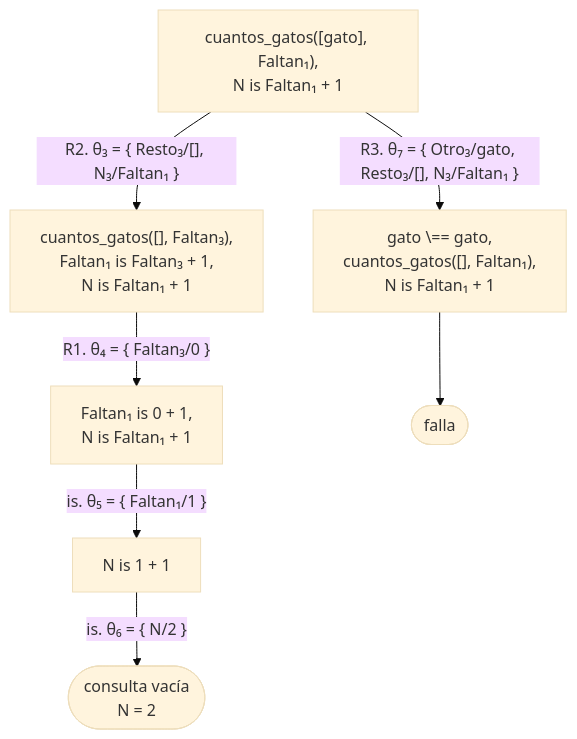
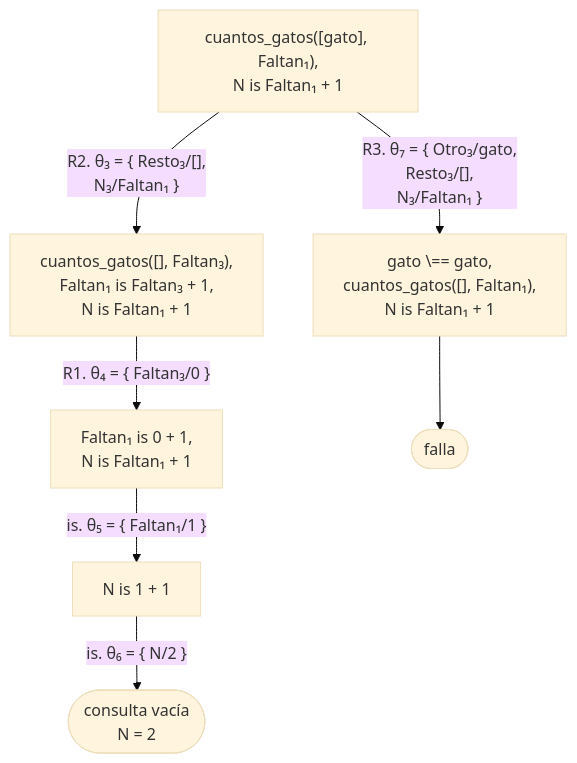
The second of 6 diagrams in docs/capitulo-07-listas/soluciones.md (CesarBallardini/curso-de-prolog), drawn with Mermaid (base theme) before and after one commit. The commit also changed other lines of this file and 24 other files, not shown here.

First line of the commit message:
feat(docs): botones para ocultar las columnas laterales y etiquetas cortas en los diagramas

````diff
--- a/docs/capitulo-07-listas/soluciones.md
+++ b/docs/capitulo-07-listas/soluciones.md
@@ -120,10 +120,10 @@
 ```mermaid
 flowchart TD
     D["cuantos_gatos([gato], Faltan₁),<br/>N is Faltan₁ + 1"]
-    D -- "R2. θ₃ = {&nbsp;Resto₃/[], N₃/Faltan₁&nbsp;}" --> E["cuantos_gatos([], Faltan₃),<br/>Faltan₁ is Faltan₃ + 1,<br/>N is Faltan₁ + 1"]
+    D -- "R2. θ₃ = {&nbsp;Resto₃/[],<br/>N₃/Faltan₁&nbsp;}" --> E["cuantos_gatos([], Faltan₃),<br/>Faltan₁ is Faltan₃ + 1,<br/>N is Faltan₁ + 1"]
     E -- "R1. θ₄ = {&nbsp;Faltan₃/0&nbsp;}" --> G["Faltan₁ is 0 + 1,<br/>N is Faltan₁ + 1"]
     G -- "is. θ₅ = {&nbsp;Faltan₁/1&nbsp;}" --> H["N is 1 + 1"]
     H -- "is. θ₆ = {&nbsp;N/2&nbsp;}" --> S(["consulta vacía<br/>N = 2"])
-    D -- "R3. θ₇ = {&nbsp;Otro₃/gato, Resto₃/[], N₃/Faltan₁&nbsp;}" --> X2["gato \== gato,<br/>cuantos_gatos([], Faltan₁),<br/>N is Faltan₁ + 1"]
+    D -- "R3. θ₇ = {&nbsp;Otro₃/gato,<br/>Resto₃/[],<br/>N₃/Faltan₁&nbsp;}" --> X2["gato \== gato,<br/>cuantos_gatos([], Faltan₁),<br/>N is Faltan₁ + 1"]
     X2 --> F2(["falla"])
 ```
````
